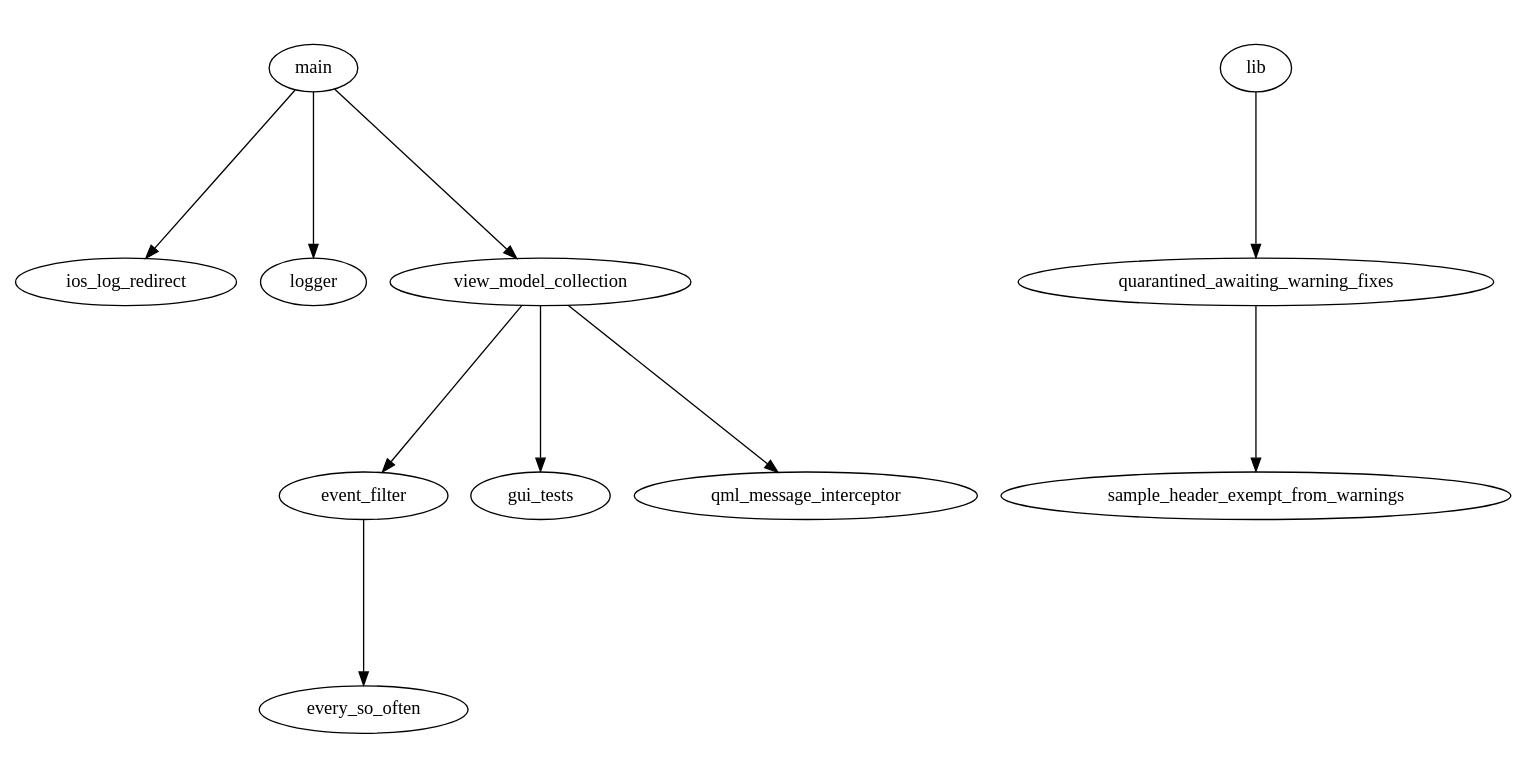
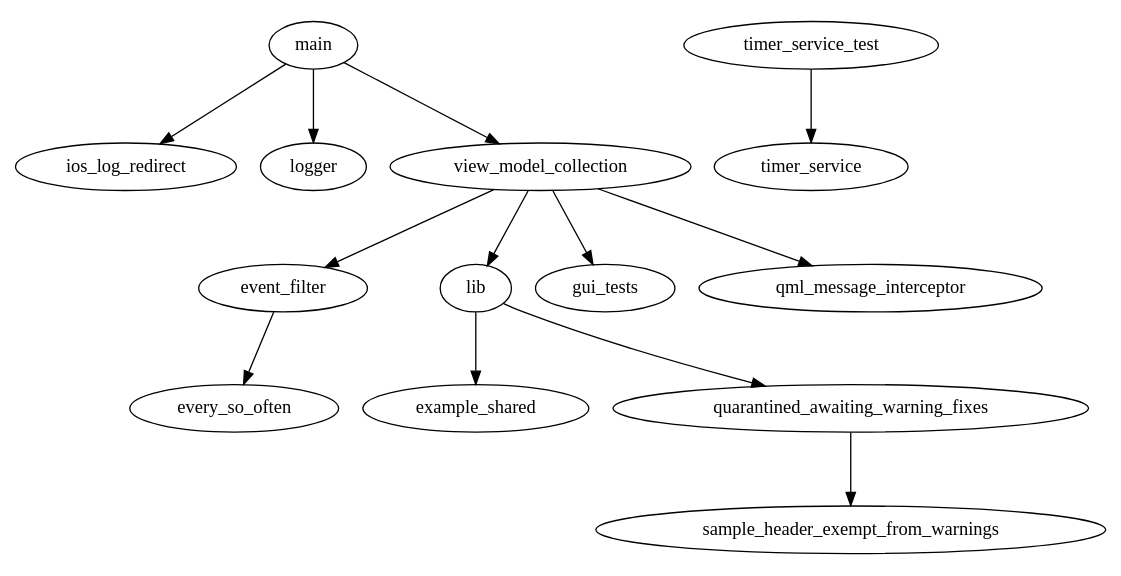
The diagram in sw_arch_doc/all_src.dot (219-design/qt-qml-project-template-with-ci), drawn with Graphviz before and after one commit. The commit also changed 7 other files, not shown here.

```diff
--- a/sw_arch_doc/all_src.dot
+++ b/sw_arch_doc/all_src.dot
@@ -1,16 +1,19 @@
 digraph "source tree" {
     overlap=scale;
     ratio=0.5;
     fontsize="16";
     fontname="Helvetica";
 	clusterrank="local";
 	"event_filter" -> "every_so_often"
+	"lib" -> "example_shared"
 	"lib" -> "quarantined_awaiting_warning_fixes"
 	"main" -> "ios_log_redirect"
 	"main" -> "logger"
 	"main" -> "view_model_collection"
 	"quarantined_awaiting_warning_fixes" -> "sample_header_exempt_from_warnings"
+	"timer_service_test" -> "timer_service"
 	"view_model_collection" -> "event_filter"
 	"view_model_collection" -> "gui_tests"
+	"view_model_collection" -> "lib"
 	"view_model_collection" -> "qml_message_interceptor"
 }
```
